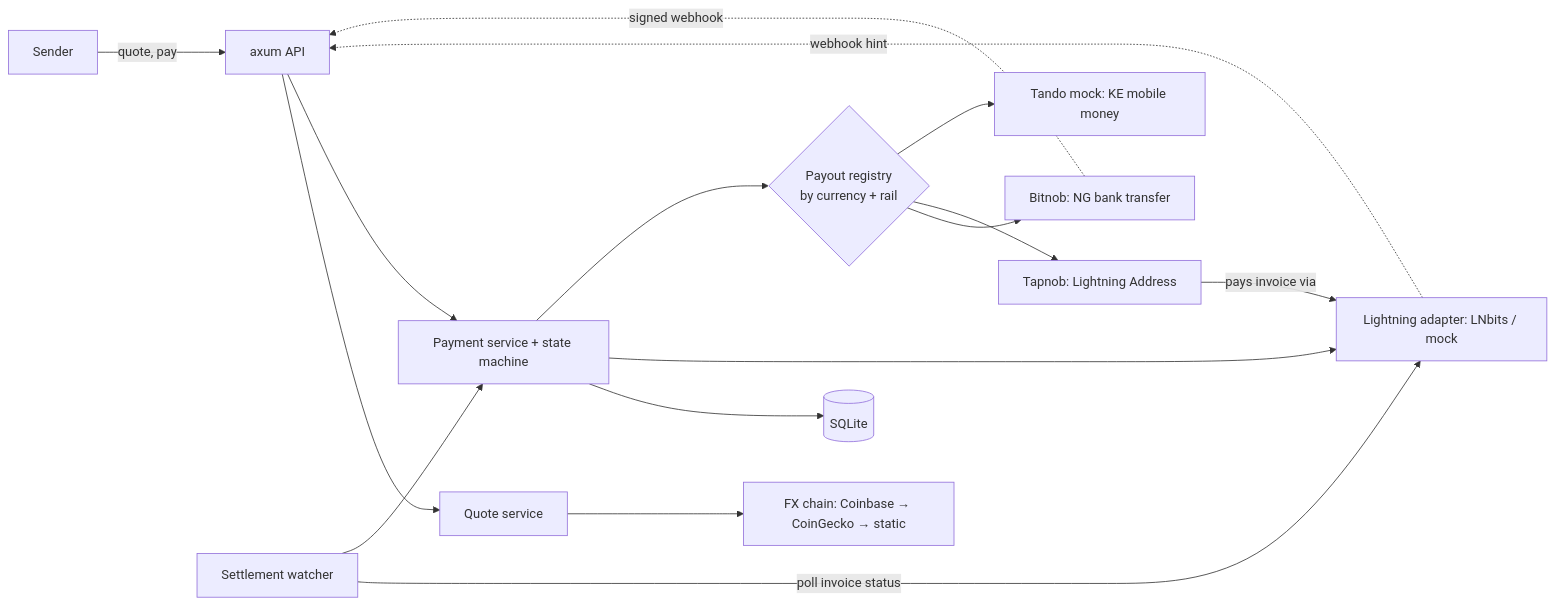
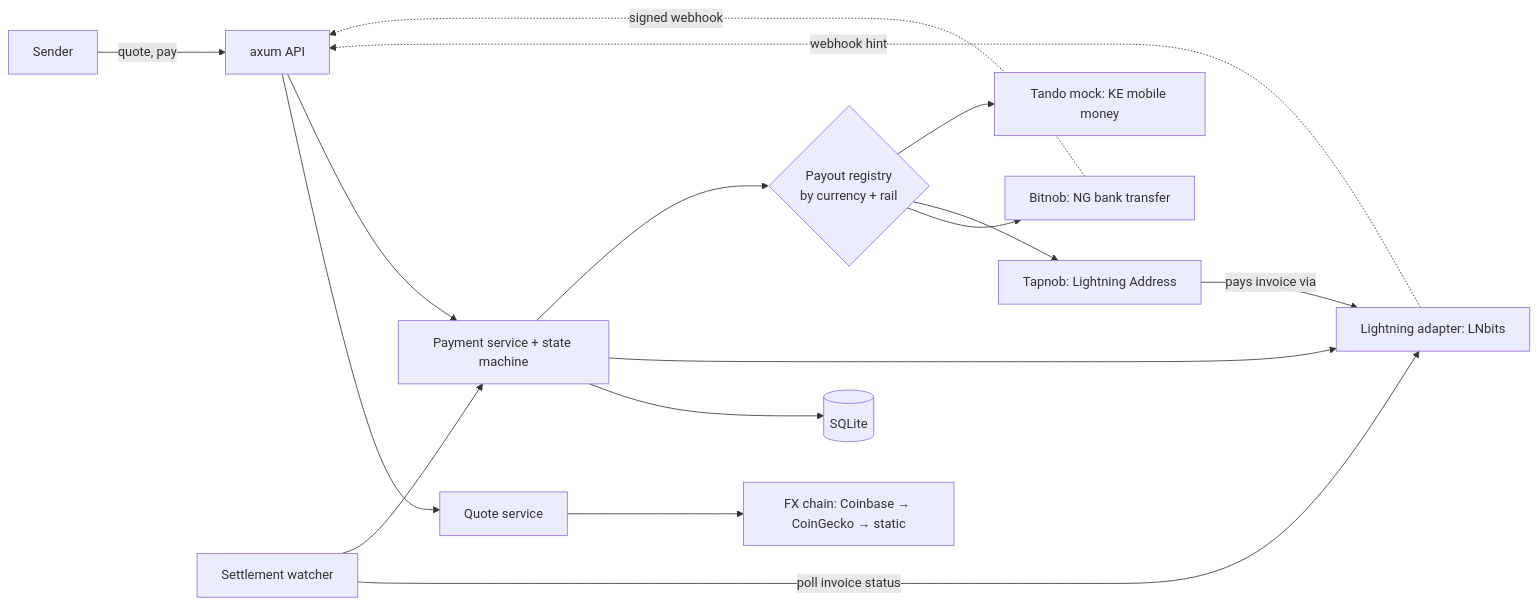
One commit to Manuel1234477/satsbridge changed the diagram in docs/implementation-status.md. Above: the diagram before and after it, drawn with Mermaid. The commit also changed other lines of this file and 15 other files, not shown here.

First line of the commit message:
Require real Lightning via LNbits and verify providers at startup

````diff
--- a/docs/implementation-status.md
+++ b/docs/implementation-status.md
@@ -25,18 +25,18 @@
 ```mermaid
 flowchart LR
     S[Sender] -->|quote, pay| API[axum API]
     API --> Q[Quote service]
     Q --> FX[FX chain: Coinbase → CoinGecko → static]
     API --> P[Payment service + state machine]
     P --> DB[(SQLite)]
-    P --> LN[Lightning adapter: LNbits / mock]
+    P --> LN[Lightning adapter: LNbits]
     LN -. webhook hint .-> API
     W[Settlement watcher] -->|poll invoice status| LN
     W --> P
     P --> R{Payout registry<br/>by currency + rail}
     R --> BN[Bitnob: NG bank transfer]
     R --> TP[Tapnob: Lightning Address]
     R --> TD[Tando mock: KE mobile money]
     BN -. signed webhook .-> API
     TP -->|pays invoice via| LN
 ```
````
